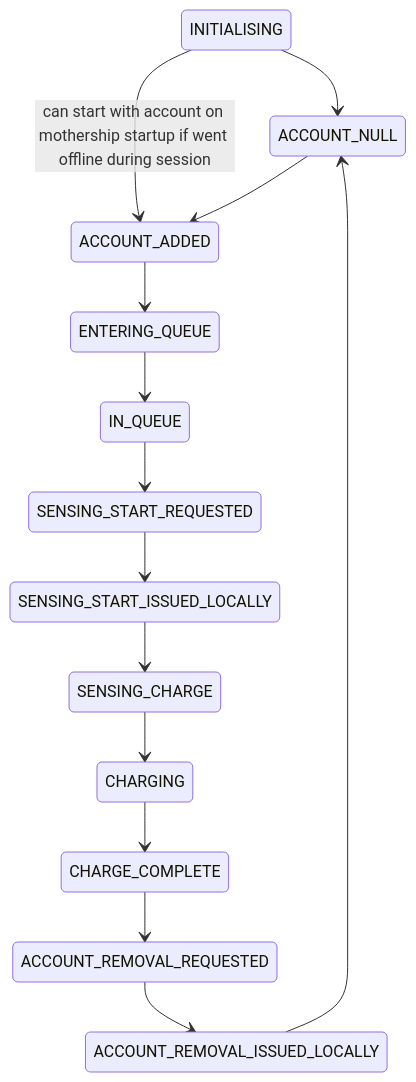
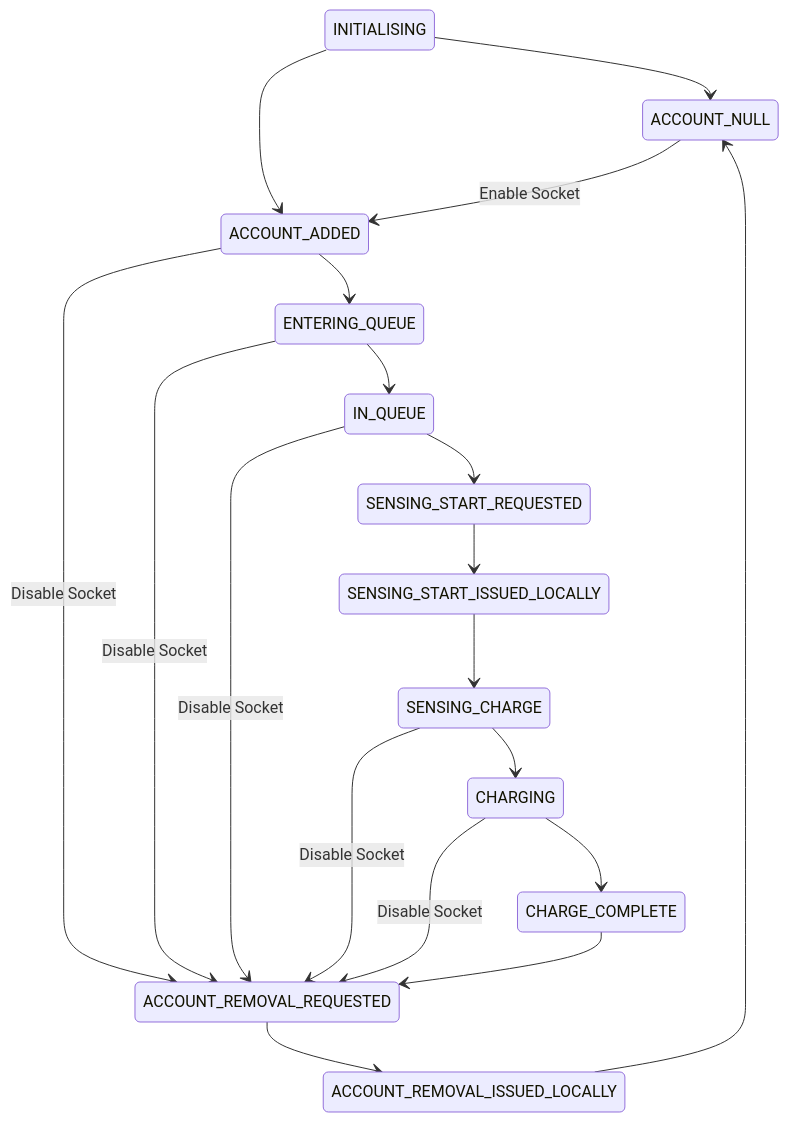
Before and after one commit to brensch/charging: the diagram in state_diagram.md, drawn with Mermaid. The commit also changed 6 other files, not shown here.

````diff
--- a/state_diagram.md
+++ b/state_diagram.md
@@ -1,16 +1,21 @@
 ```mermaid
 stateDiagram-v2
     INITIALISING --> ACCOUNT_NULL
-    INITIALISING --> ACCOUNT_ADDED: can start with account on mothership startup if went offline during session
-    ACCOUNT_NULL --> ACCOUNT_ADDED
+    INITIALISING --> ACCOUNT_ADDED
+    ACCOUNT_NULL --> ACCOUNT_ADDED: Enable Socket
     ACCOUNT_ADDED --> ENTERING_QUEUE
+    ACCOUNT_ADDED --> ACCOUNT_REMOVAL_REQUESTED: Disable Socket
     ENTERING_QUEUE --> IN_QUEUE
+    ENTERING_QUEUE --> ACCOUNT_REMOVAL_REQUESTED: Disable Socket
     IN_QUEUE --> SENSING_START_REQUESTED
+    IN_QUEUE --> ACCOUNT_REMOVAL_REQUESTED: Disable Socket
     SENSING_START_REQUESTED --> SENSING_START_ISSUED_LOCALLY
     SENSING_START_ISSUED_LOCALLY --> SENSING_CHARGE
     SENSING_CHARGE --> CHARGING
+    SENSING_CHARGE --> ACCOUNT_REMOVAL_REQUESTED: Disable Socket
     CHARGING --> CHARGE_COMPLETE
+    CHARGING --> ACCOUNT_REMOVAL_REQUESTED: Disable Socket
     CHARGE_COMPLETE --> ACCOUNT_REMOVAL_REQUESTED
     ACCOUNT_REMOVAL_REQUESTED --> ACCOUNT_REMOVAL_ISSUED_LOCALLY
     ACCOUNT_REMOVAL_ISSUED_LOCALLY --> ACCOUNT_NULL
 ```
````
